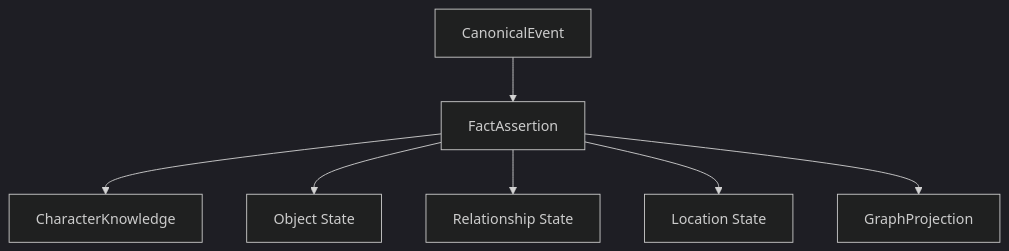
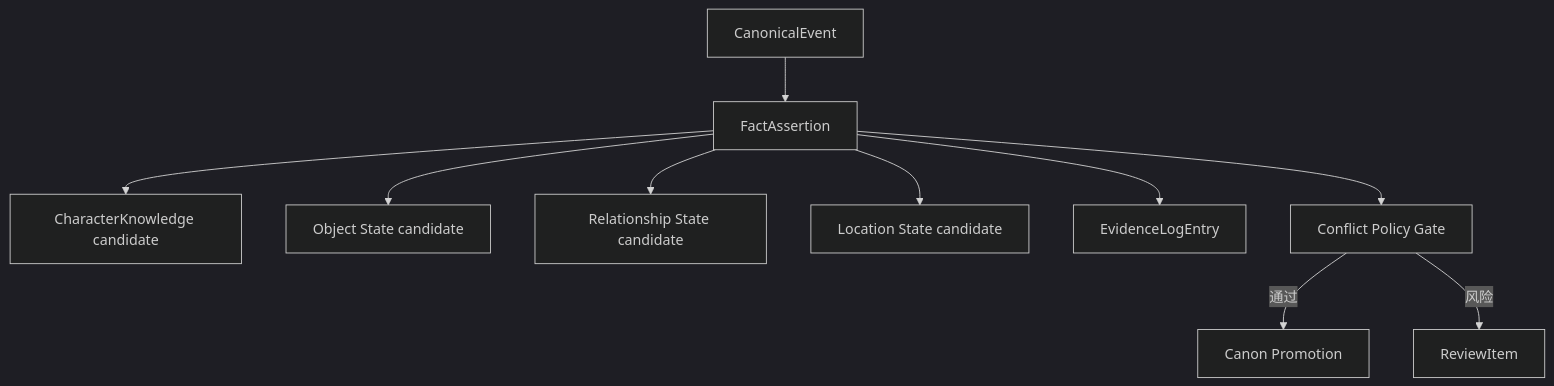
One commit to FrankQDWang/sextantlabs changed the fourth of 5 diagrams in goals/15-event-aggregation.md. Above: the diagram before and after it, drawn with Mermaid (dark theme). The commit also changed other lines of this file, not shown here.

Commit message:
Align event aggregation with canon promotion gate

````diff
--- a/goals/15-event-aggregation.md
+++ b/goals/15-event-aggregation.md
@@ -136,9 +146,12 @@
 ```mermaid
 flowchart TD
     A[CanonicalEvent] --> B[FactAssertion]
-    B --> C[CharacterKnowledge]
-    B --> D[Object State]
-    B --> E[Relationship State]
-    B --> F[Location State]
-    B --> G[GraphProjection]
+    B --> C[CharacterKnowledge candidate]
+    B --> D[Object State candidate]
+    B --> E[Relationship State candidate]
+    B --> F[Location State candidate]
+    B --> G[EvidenceLogEntry]
+    B --> H[Conflict Policy Gate]
+    H -->|通过| I[Canon Promotion]
+    H -->|风险| J[ReviewItem]
 ```
````
